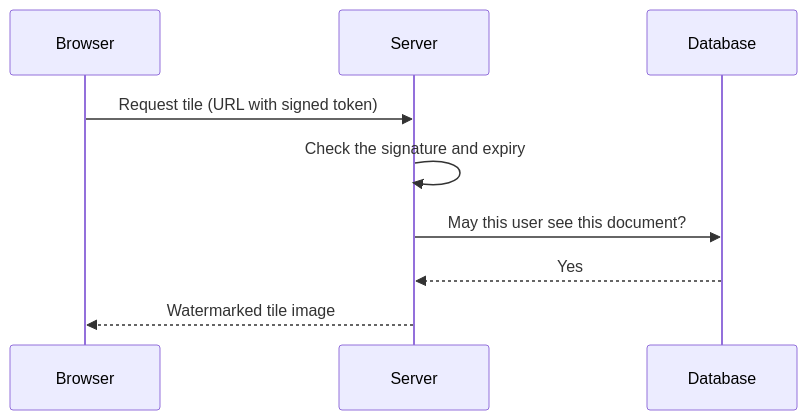
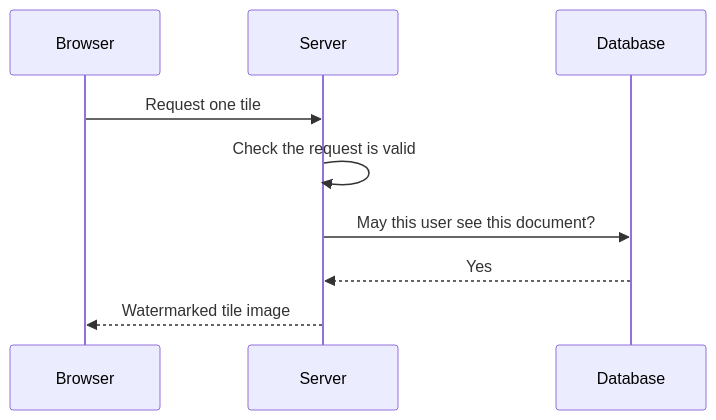
Before and after one commit to Sriram-Codes-SW/secure-doc-viewer: the second of 2 diagrams in book/part-1-foundations/01-the-big-picture.md, drawn with Mermaid. The commit also changed other lines of this file and 131 other files, not shown here.

Commit message:
Book: expansion pass, 60+ diagrams, Part VI patterns (Ch 38-39), LaTeX PDF build

````diff
--- a/book/part-1-foundations/01-the-big-picture.md
+++ b/book/part-1-foundations/01-the-big-picture.md
@@ -95,11 +101,11 @@
 ```mermaid
 sequenceDiagram
     participant Browser
     participant Server
     participant Database
-    Browser->>Server: Request tile (URL with signed token)
-    Server->>Server: Check the signature and expiry
+    Browser->>Server: Request one tile
+    Server->>Server: Check the request is valid
     Server->>Database: May this user see this document?
     Database-->>Server: Yes
     Server-->>Browser: Watermarked tile image
 ```
````
